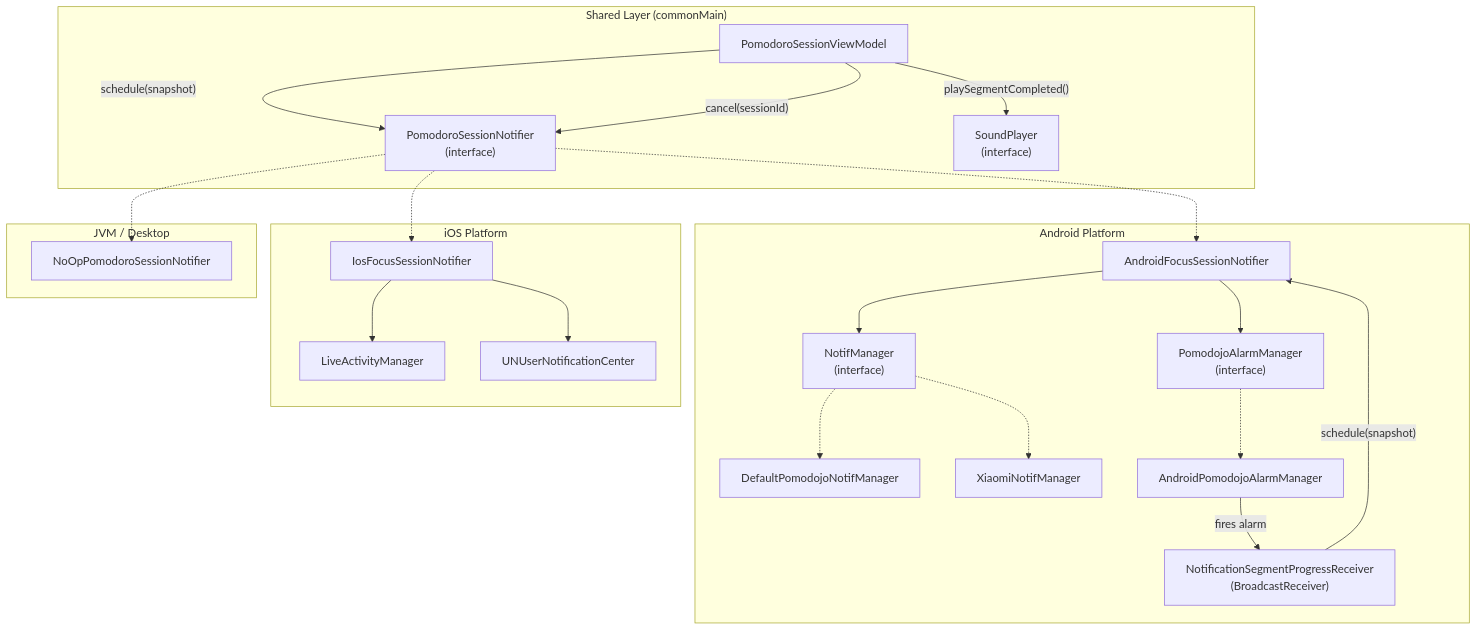
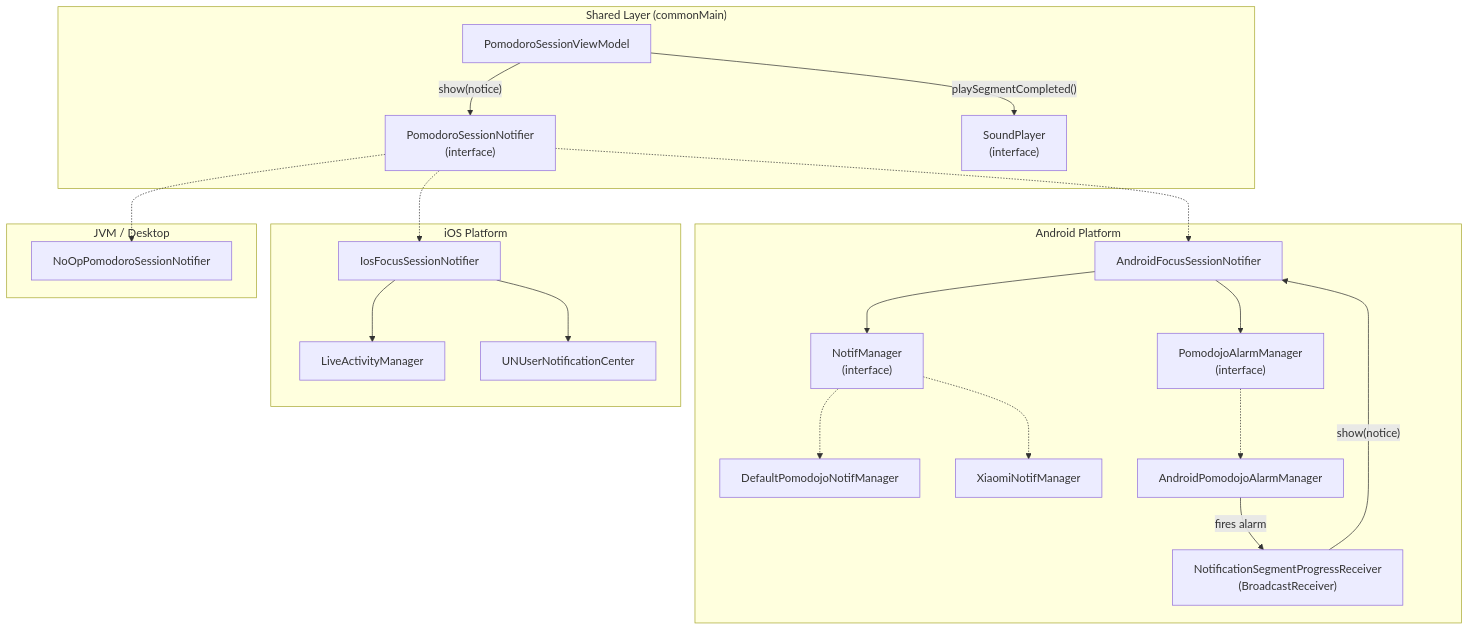
The first of 9 diagrams in docs/features/notification/README.md (fakhrymubarak/PomoDojo), drawn with Mermaid before and after one commit. The commit also changed other lines of this file and 28 other files, not shown here.

First line of the commit message:
refactor(notification): show one SessionNotice on every platform

````diff
--- a/docs/features/notification/README.md
+++ b/docs/features/notification/README.md
@@ -11,44 +11,43 @@
 ```mermaid
 flowchart TB
     subgraph Shared["Shared Layer (commonMain)"]
         VM["PomodoroSessionViewModel"]
         NI["PomodoroSessionNotifier\n(interface)"]
         SP["SoundPlayer\n(interface)"]
     end
 
     subgraph Android["Android Platform"]
         AN["AndroidFocusSessionNotifier"]
         NM["NotifManager\n(interface)"]
         AM["PomodojoAlarmManager\n(interface)"]
         DN["DefaultPomodojoNotifManager"]
         XN["XiaomiNotifManager"]
         AAM["AndroidPomodojoAlarmManager"]
         BR["NotificationSegmentProgressReceiver\n(BroadcastReceiver)"]
     end
 
     subgraph iOS["iOS Platform"]
         IN["IosFocusSessionNotifier"]
         LA["LiveActivityManager"]
         UNC["UNUserNotificationCenter"]
     end
 
     subgraph JVM["JVM / Desktop"]
         NOOP["NoOpPomodoroSessionNotifier"]
     end
 
-    VM -- " schedule(snapshot) " --> NI
-    VM -- " cancel(sessionId) " --> NI
+    VM -- " show(notice) " --> NI
     VM -- " playSegmentCompleted() " --> SP
     NI -.-> AN
     NI -.-> IN
     NI -.-> NOOP
     AN --> NM
     AN --> AM
     NM -.-> DN
     NM -.-> XN
     AM -.-> AAM
     AAM -- " fires alarm " --> BR
-    BR -- " schedule(snapshot) " --> AN
+    BR -- " show(notice) " --> AN
     IN --> LA
     IN --> UNC
 ```
````
